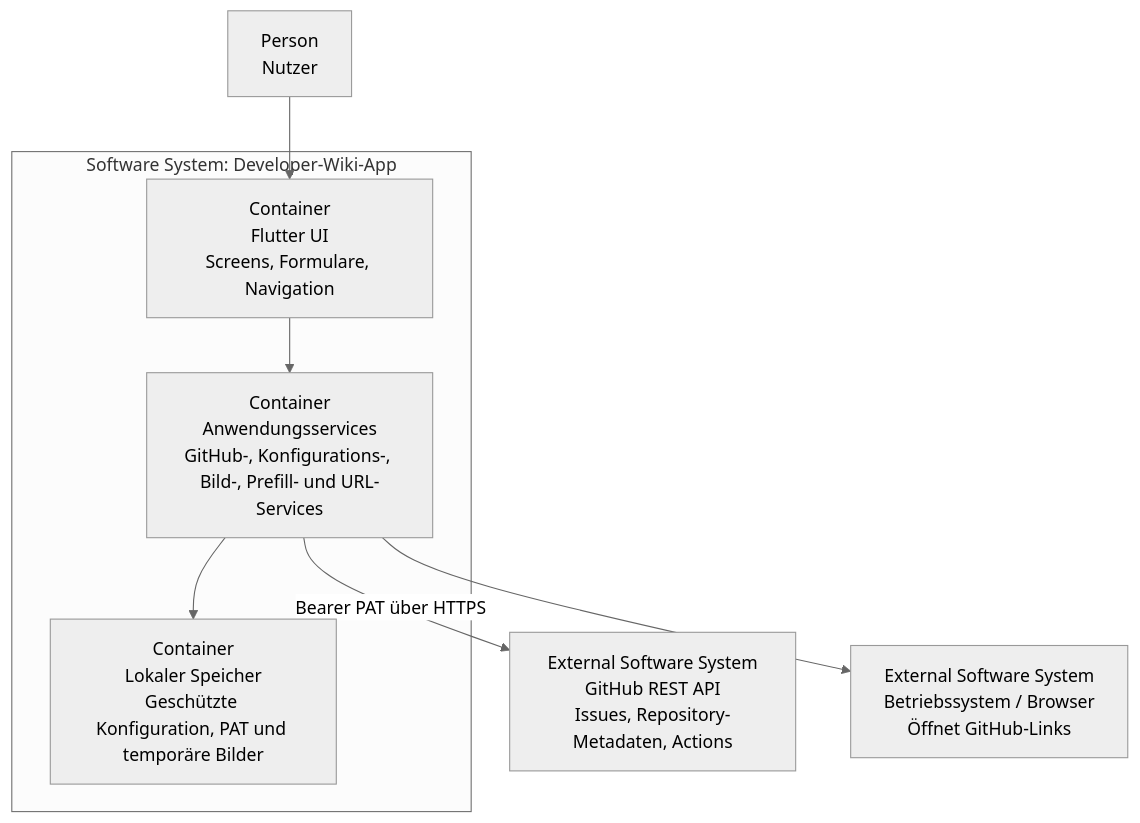
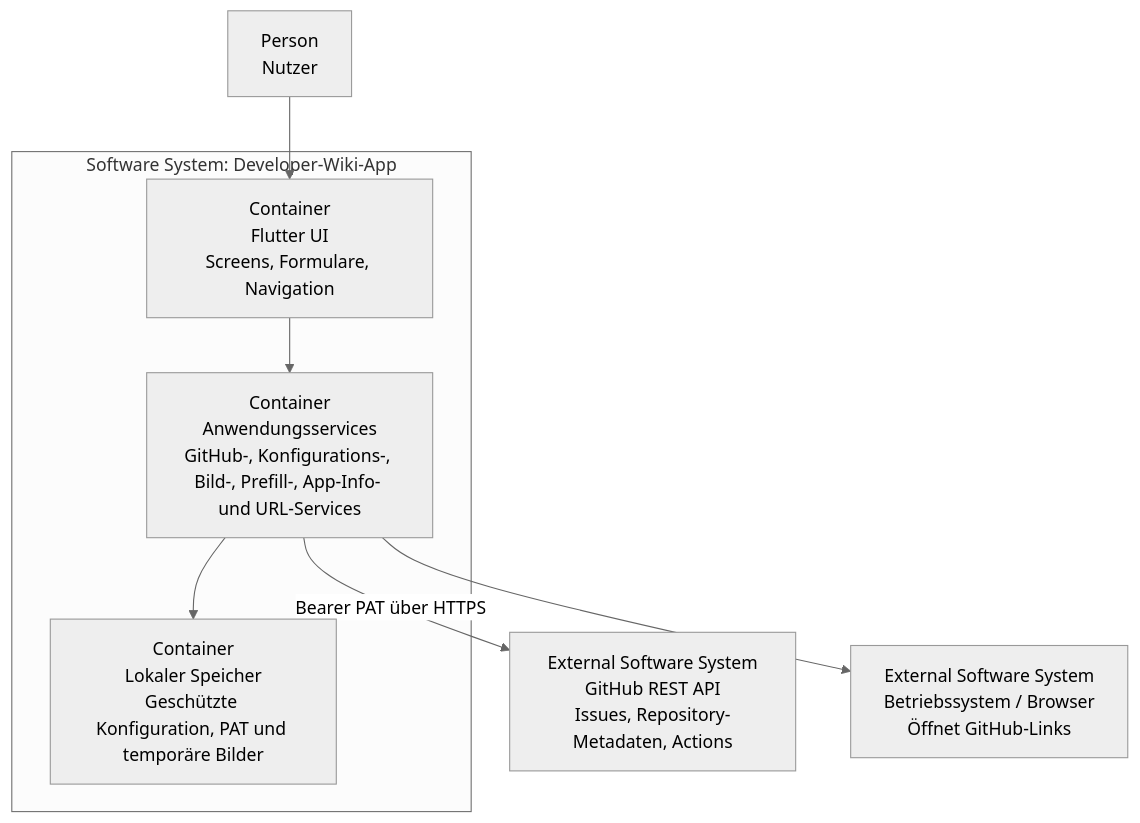
The second of 2 diagrams in docs/architecture.md (Huluvu424242/developer-wiki-app), drawn with Mermaid (neutral theme) before and after one commit. The commit also changed other lines of this file, not shown here.

Commit message:
docs: UX- und Bugreport-Architektur ergänzen

````diff
--- a/docs/architecture.md
+++ b/docs/architecture.md
@@ -30,19 +30,19 @@
 ```mermaid
 flowchart TB
     user["Person\nNutzer"]
 
     subgraph app["Software System: Developer-Wiki-App"]
         ui["Container\nFlutter UI\nScreens, Formulare, Navigation"]
-        services["Container\nAnwendungsservices\nGitHub-, Konfigurations-, Bild-, Prefill- und URL-Services"]
+        services["Container\nAnwendungsservices\nGitHub-, Konfigurations-, Bild-, Prefill-, App-Info- und URL-Services"]
         storage["Container\nLokaler Speicher\nGeschützte Konfiguration, PAT und temporäre Bilder"]
     end
 
     github["External Software System\nGitHub REST API\nIssues, Repository-Metadaten, Actions"]
     browser["External Software System\nBetriebssystem / Browser\nÖffnet GitHub-Links"]
 
     user --> ui
     ui --> services
     services --> storage
     services -->|Bearer PAT über HTTPS| github
     services --> browser
 ```
````
